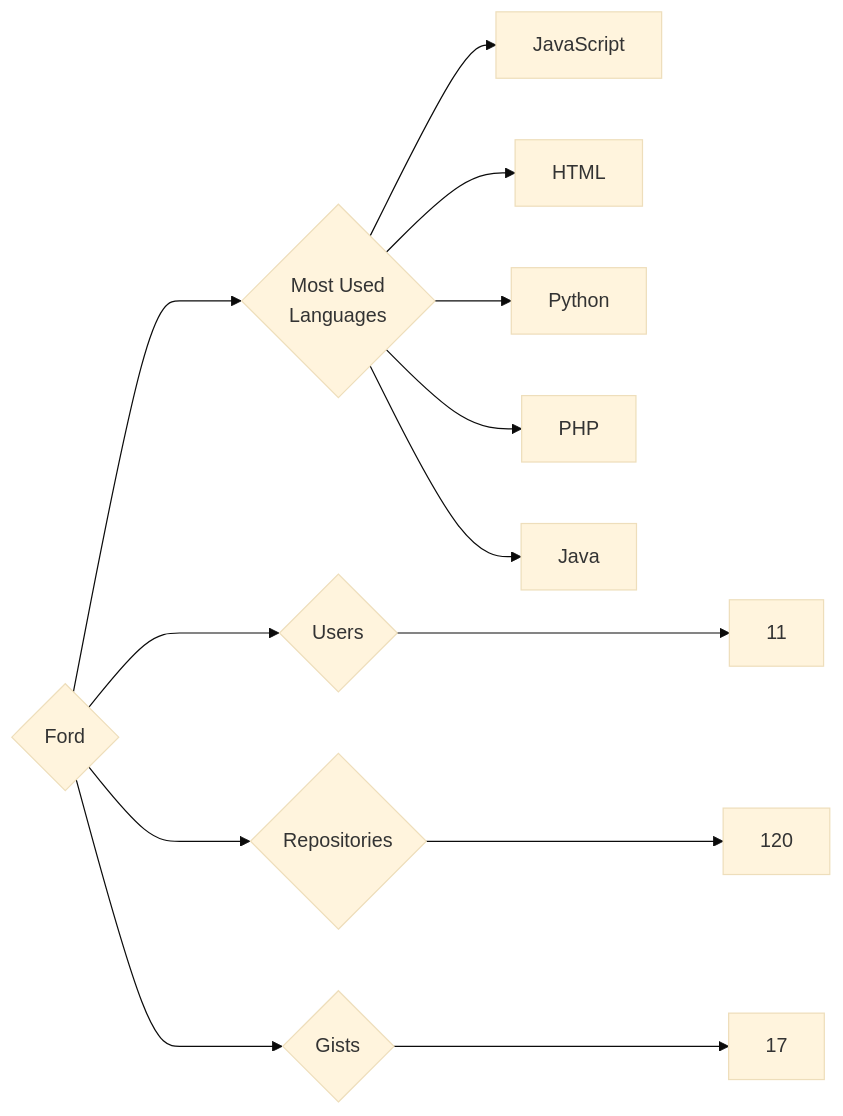
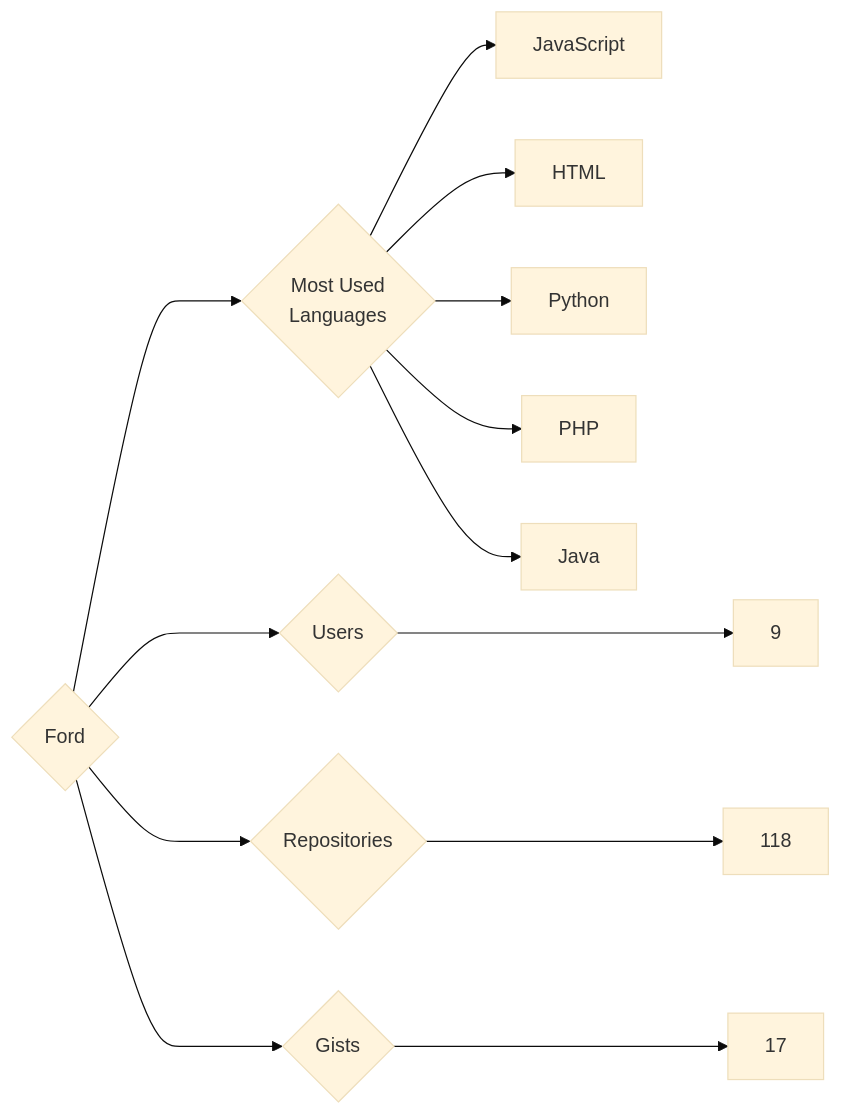
Before and after one commit to trickest/insiders: the diagram in targets/Ford/README.md, drawn with Mermaid (base theme). The commit also changed 679 other files, not shown here.

````diff
--- a/targets/Ford/README.md
+++ b/targets/Ford/README.md
@@ -3,13 +3,13 @@
 ```mermaid
 graph LR
 COMPANY_NAME{Ford}
-COMPANY_NAME ---> U{Users} ---> UN[11]
-COMPANY_NAME ---> R{Repositories} ---> RN[120]
+COMPANY_NAME ---> U{Users} ---> UN[9]
+COMPANY_NAME ---> R{Repositories} ---> RN[118]
 COMPANY_NAME ---> G{Gists} ---> GN[17]
 COMPANY_NAME ---> ML{Most Used<br>Languages}
 ML --> JavaScript[JavaScript]
 ML --> HTML[HTML]
 ML --> Python[Python]
 ML --> PHP[PHP]
 ML --> Java[Java]
 ```
````
